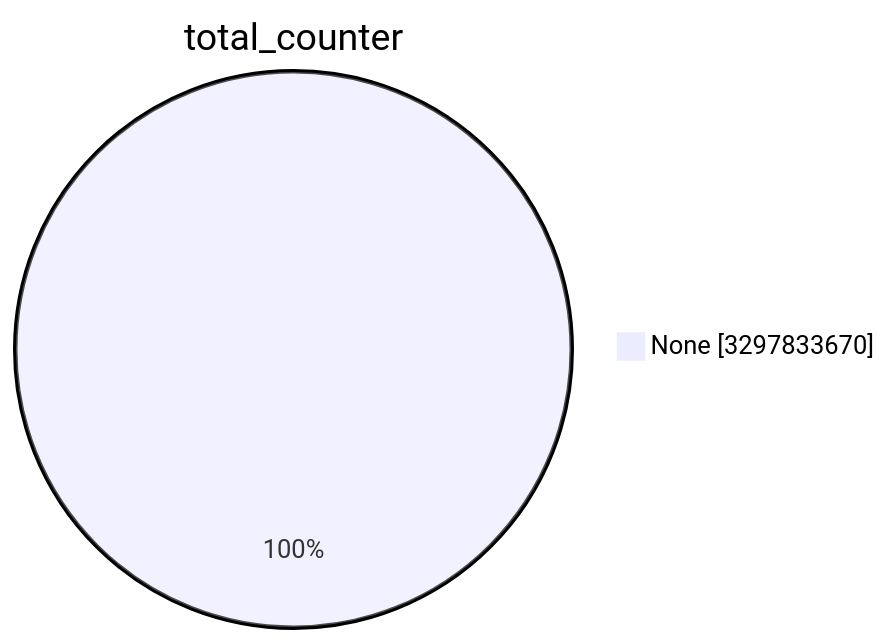
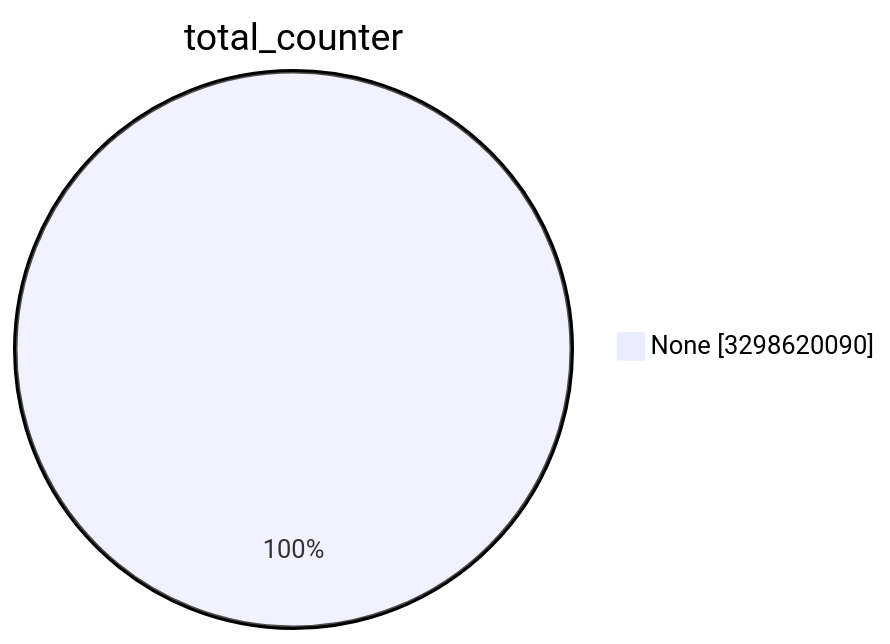
Before and after one commit to christiankrug/ctmonitor_visualization: the first of 15 diagrams in TOTAL/README.md, drawn with Mermaid. The commit also changed other lines of this file, not shown here.

````diff
--- a/TOTAL/README.md
+++ b/TOTAL/README.md
@@ -1,5 +1,5 @@
 ```mermaid
 pie showData
 title total_counter
-"None" :3297833670
+"None" :3298620090
 ```
````
